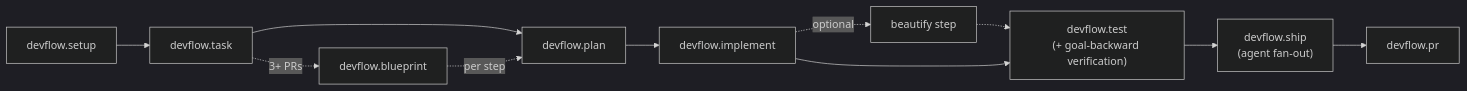
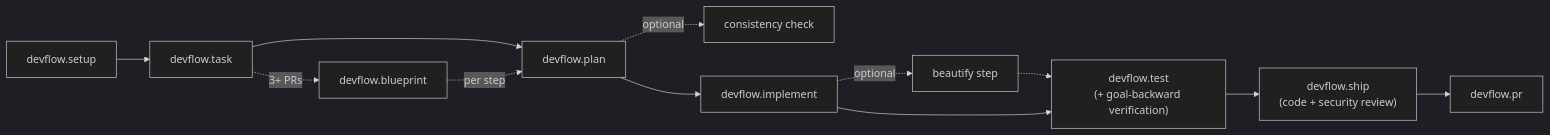
One commit to Gabriele-bil/dev_flow changed the diagram in docs/architecture.md. Above: the diagram before and after it, drawn with Mermaid (dark theme). The commit also changed other lines of this file and 10 other files, not shown here.

````diff
--- a/docs/architecture.md
+++ b/docs/architecture.md
@@ -15,12 +15,13 @@
 ```mermaid
 flowchart LR
     setup[devflow.setup] --> task[devflow.task]
     task --> plan[devflow.plan]
+    plan -.optional.-> check[consistency check]
     plan --> implement[devflow.implement]
     implement -.optional.-> beautify[beautify step]
     beautify -.-> test
     implement --> test["devflow.test<br/>(+ goal-backward verification)"]
-    test --> ship["devflow.ship<br/>(agent fan-out)"]
+    test --> ship["devflow.ship<br/>(code + security review)"]
     ship --> pr[devflow.pr]
     task -.3+ PRs.-> blueprint[devflow.blueprint] -.per step.-> plan
 ```
````
